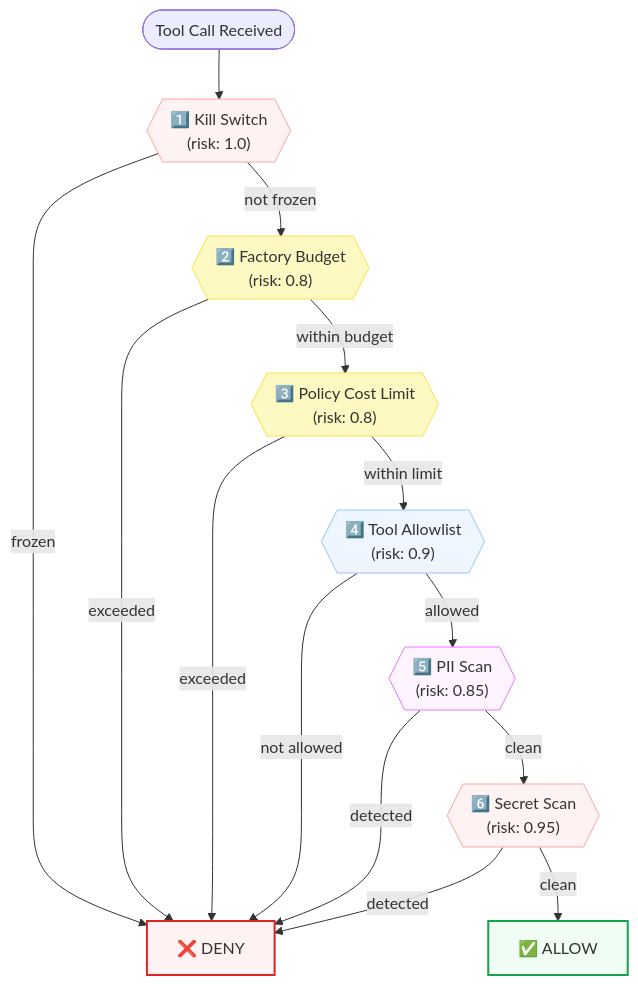
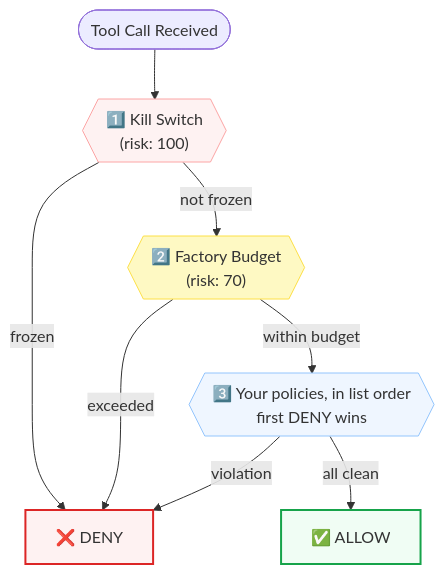
The third of 4 diagrams in website/docs/user-guide/extensions/tealtiger.mdx (ag2ai/ag2), drawn with Mermaid before and after one commit. The commit also changed other lines of this file and 1 other file, not shown here.

````diff
--- a/website/docs/user-guide/extensions/tealtiger.mdx
+++ b/website/docs/user-guide/extensions/tealtiger.mdx
@@ -382,25 +429,16 @@
 ```mermaid
 flowchart TD
     START([Tool Call Received]) --> S1
-    S1{{"1️⃣ Kill Switch\n(risk: 1.0)"}} -->|frozen| DENY[❌ DENY]
+    S1{{"1️⃣ Kill Switch<br/>(risk: 100)"}} -->|frozen| DENY[❌ DENY]
     S1 -->|not frozen| S2
-    S2{{"2️⃣ Factory Budget\n(risk: 0.8)"}} -->|exceeded| DENY
+    S2{{"2️⃣ Factory Budget<br/>(risk: 70)"}} -->|exceeded| DENY
     S2 -->|within budget| S3
-    S3{{"3️⃣ Policy Cost Limit\n(risk: 0.8)"}} -->|exceeded| DENY
-    S3 -->|within limit| S4
-    S4{{"4️⃣ Tool Allowlist\n(risk: 0.9)"}} -->|not allowed| DENY
-    S4 -->|allowed| S5
-    S5{{"5️⃣ PII Scan\n(risk: 0.85)"}} -->|detected| DENY
-    S5 -->|clean| S6
-    S6{{"6️⃣ Secret Scan\n(risk: 0.95)"}} -->|detected| DENY
-    S6 -->|clean| ALLOW[✅ ALLOW]
+    S3{{"3️⃣ Your policies, in list order<br/>first DENY wins"}} -->|violation| DENY
+    S3 -->|all clean| ALLOW[✅ ALLOW]
 
     style S1 fill:#fef2f2,stroke:#fca5a5
     style S2 fill:#fef9c3,stroke:#fde047
-    style S3 fill:#fef9c3,stroke:#fde047
-    style S4 fill:#eff6ff,stroke:#93c5fd
-    style S5 fill:#fdf4ff,stroke:#e879f9
-    style S6 fill:#fef2f2,stroke:#fca5a5
+    style S3 fill:#eff6ff,stroke:#93c5fd
     style DENY fill:#fef2f2,stroke:#dc2626,stroke-width:2px
     style ALLOW fill:#f0fdf4,stroke:#16a34a,stroke-width:2px
 ```
````
